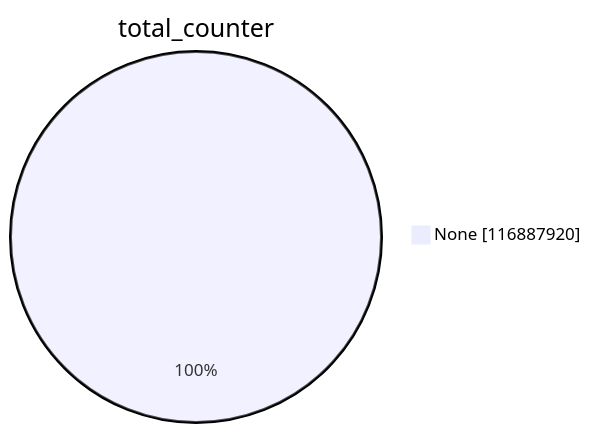
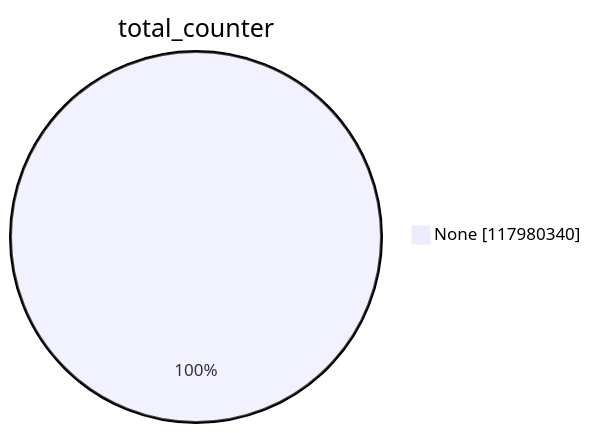
One commit to christiankrug/ctmonitor_visualization changed the first of 15 diagrams in argon2023/README.md. Above: the diagram before and after it, drawn with Mermaid. The commit also changed other lines of this file, not shown here.

````diff
--- a/argon2023/README.md
+++ b/argon2023/README.md
@@ -1,5 +1,5 @@
 ```mermaid
 pie showData
 title total_counter
-"None" :116887920
+"None" :117980340
 ```
````
